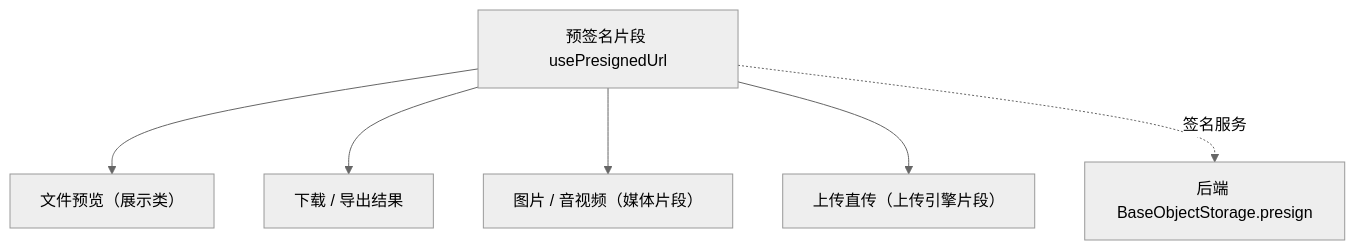
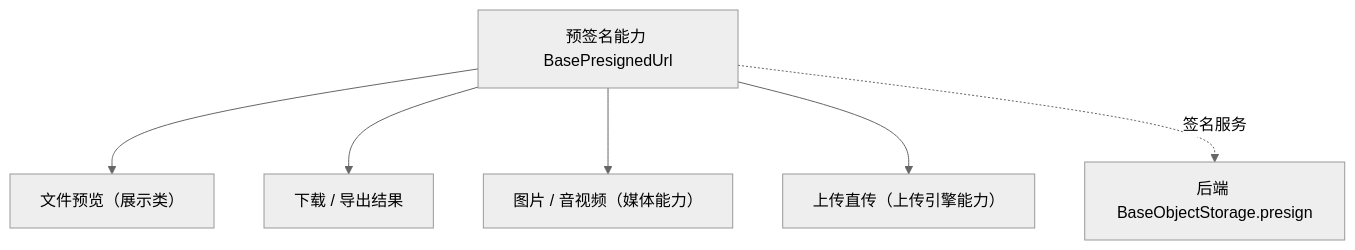
One commit to minjian123/basic-management-system changed the diagram in bms文档/设计/组件设计/02_基础组件类/02_能力片段/22_组件设计_预签名片段/22_组件设计_预签名片段.md. Above: the diagram before and after it, drawn with Mermaid (neutral theme). The commit also changed other lines of this file and 49 other files, not shown here.

````diff
--- a/bms文档/设计/组件设计/02_基础组件类/02_能力片段/22_组件设计_预签名片段/22_组件设计_预签名片段.md
+++ b/bms文档/设计/组件设计/02_基础组件类/02_能力片段/22_组件设计_预签名片段/22_组件设计_预签名片段.md
@@ -15,8 +15,8 @@
 ```mermaid
 flowchart TD
-    P["预签名片段 usePresignedUrl"] --> V["文件预览（展示类）"]
+    P["预签名能力 BasePresignedUrl"] --> V["文件预览（展示类）"]
     P --> D["下载 / 导出结果"]
-    P --> M["图片 / 音视频（媒体片段）"]
-    P --> U["上传直传（上传引擎片段）"]
+    P --> M["图片 / 音视频（媒体能力）"]
+    P --> U["上传直传（上传引擎能力）"]
     P -. 签名服务 .-> R["后端 BaseObjectStorage.presign"]
 ```
````
